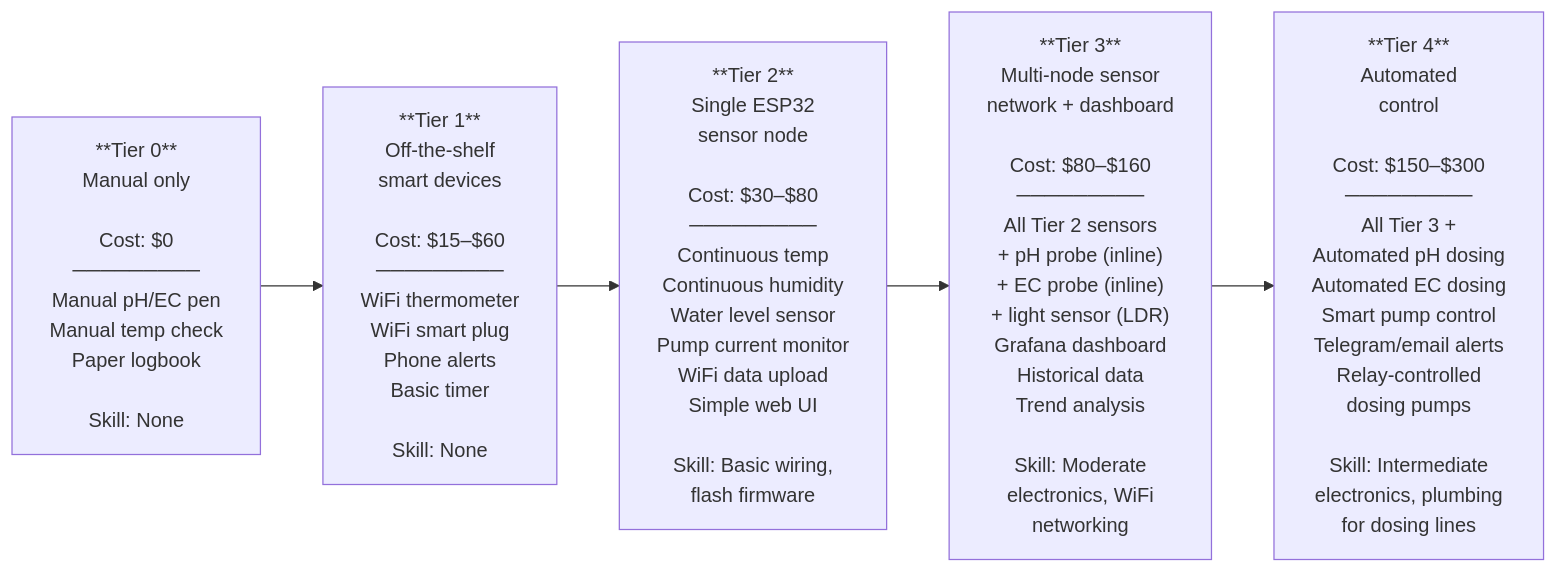
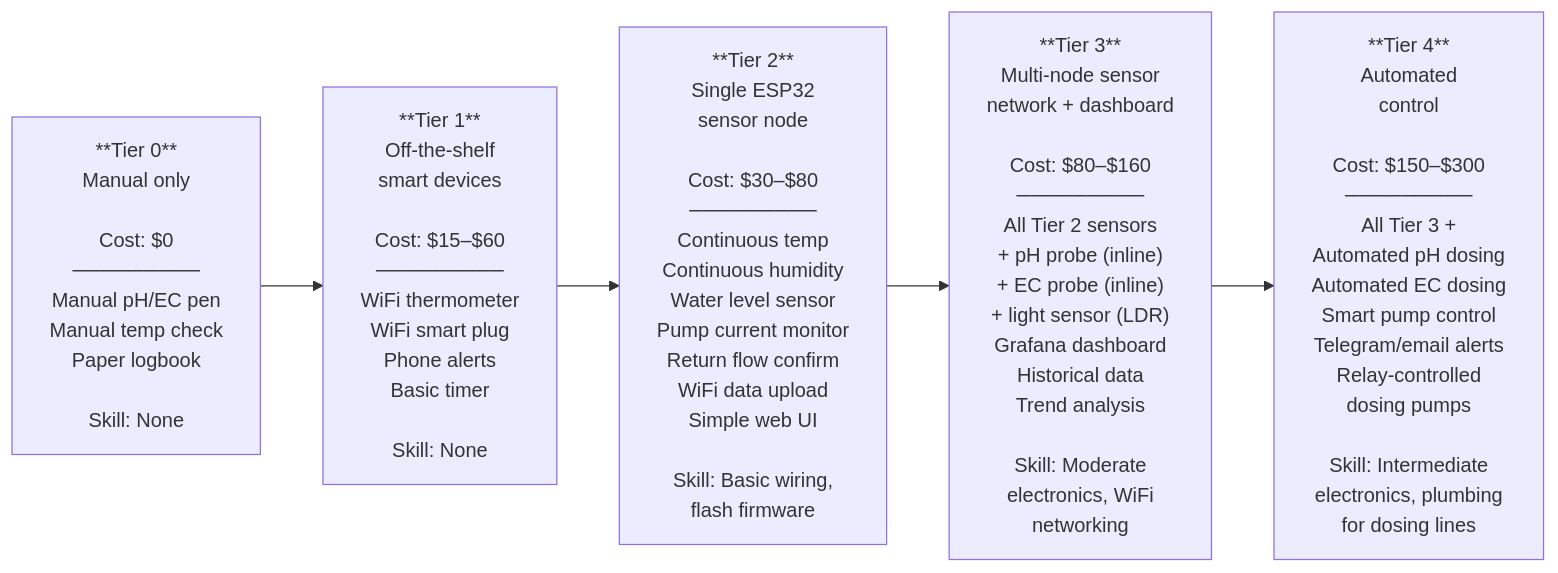
The second of 14 diagrams in guide/nft/13-automation.md (UncleJS/guide_hydroponics), drawn with Mermaid before and after one commit. The commit also changed other lines of this file and 6 other files, not shown here.

````diff
--- a/guide/nft/13-automation.md
+++ b/guide/nft/13-automation.md
@@ -74,10 +74,10 @@
 ```mermaid
 flowchart LR
     T0["**Tier 0**<br/>Manual only<br/><br/>Cost: $0<br/>─────────<br/>Manual pH/EC pen<br/>Manual temp check<br/>Paper logbook<br/><br/>Skill: None"]
     T1["**Tier 1**<br/>Off-the-shelf<br/>smart devices<br/><br/>Cost: $15–$60<br/>─────────<br/>WiFi thermometer<br/>WiFi smart plug<br/>Phone alerts<br/>Basic timer<br/><br/>Skill: None"]
-    T2["**Tier 2**<br/>Single ESP32<br/>sensor node<br/><br/>Cost: $30–$80<br/>─────────<br/>Continuous temp<br/>Continuous humidity<br/>Water level sensor<br/>Pump current monitor<br/>WiFi data upload<br/>Simple web UI<br/><br/>Skill: Basic wiring,<br/>flash firmware"]
+    T2["**Tier 2**<br/>Single ESP32<br/>sensor node<br/><br/>Cost: $30–$80<br/>─────────<br/>Continuous temp<br/>Continuous humidity<br/>Water level sensor<br/>Pump current monitor<br/>Return flow confirm<br/>WiFi data upload<br/>Simple web UI<br/><br/>Skill: Basic wiring,<br/>flash firmware"]
     T3["**Tier 3**<br/>Multi-node sensor<br/>network + dashboard<br/><br/>Cost: $80–$160<br/>─────────<br/>All Tier 2 sensors<br/>+ pH probe (inline)<br/>+ EC probe (inline)<br/>+ light sensor (LDR)<br/>Grafana dashboard<br/>Historical data<br/>Trend analysis<br/><br/>Skill: Moderate<br/>electronics, WiFi<br/>networking"]
     T4["**Tier 4**<br/>Automated<br/>control<br/><br/>Cost: $150–$300<br/>─────────<br/>All Tier 3 +<br/>Automated pH dosing<br/>Automated EC dosing<br/>Smart pump control<br/>Telegram/email alerts<br/>Relay-controlled<br/>dosing pumps<br/><br/>Skill: Intermediate<br/>electronics, plumbing<br/>for dosing lines"]
 
     T0 --> T1 --> T2 --> T3 --> T4
 ```
````
